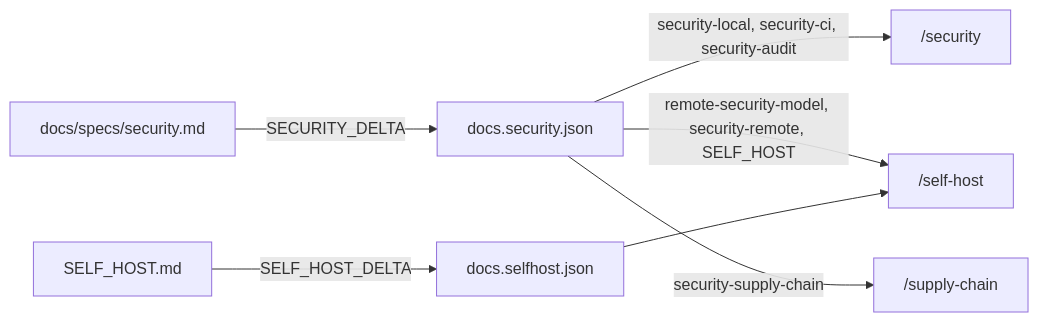
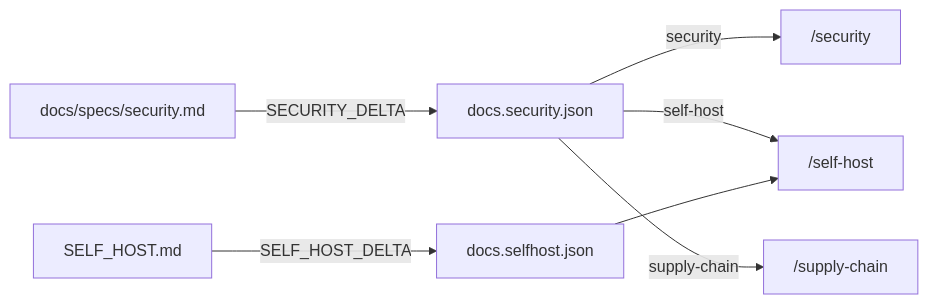
One commit to diffplug/dormouse changed the diagram in docs/specs/website-docs.md. Above: the diagram before and after it, drawn with Mermaid. The commit also changed other lines of this file, not shown here.

Commit message:
website-docs: review fixes to the security audiences diagram
Fixes 8c94a9e38:
- Edge labels no longer copy the SECURITY_AUDIENCES inventory; they name
  the audience only, and Source of truth now names SECURITY_AUDIENCES.

````diff
--- a/docs/specs/website-docs.md
+++ b/docs/specs/website-docs.md
@@ -333,8 +333,8 @@
 ```mermaid
 flowchart LR
   SEC[docs/specs/security.md] -->|SECURITY_DELTA| J[docs.security.json]
-  J -->|security-local, security-ci, security-audit| P1["/security"]
-  J -->|remote-security-model, security-remote, SELF_HOST| P2["/self-host"]
-  J -->|security-supply-chain| P3["/supply-chain"]
+  J -->|security| P1["/security"]
+  J -->|self-host| P2["/self-host"]
+  J -->|supply-chain| P3["/supply-chain"]
   SH[SELF_HOST.md] -->|SELF_HOST_DELTA| JS[docs.selfhost.json] --> P2
 ```
````
